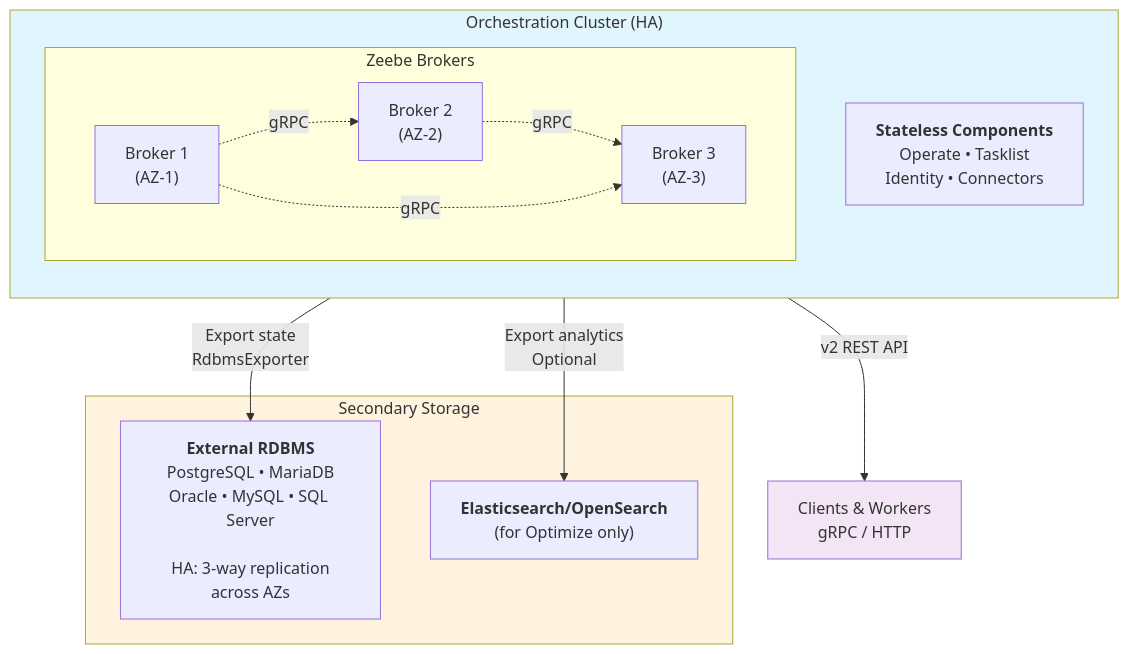
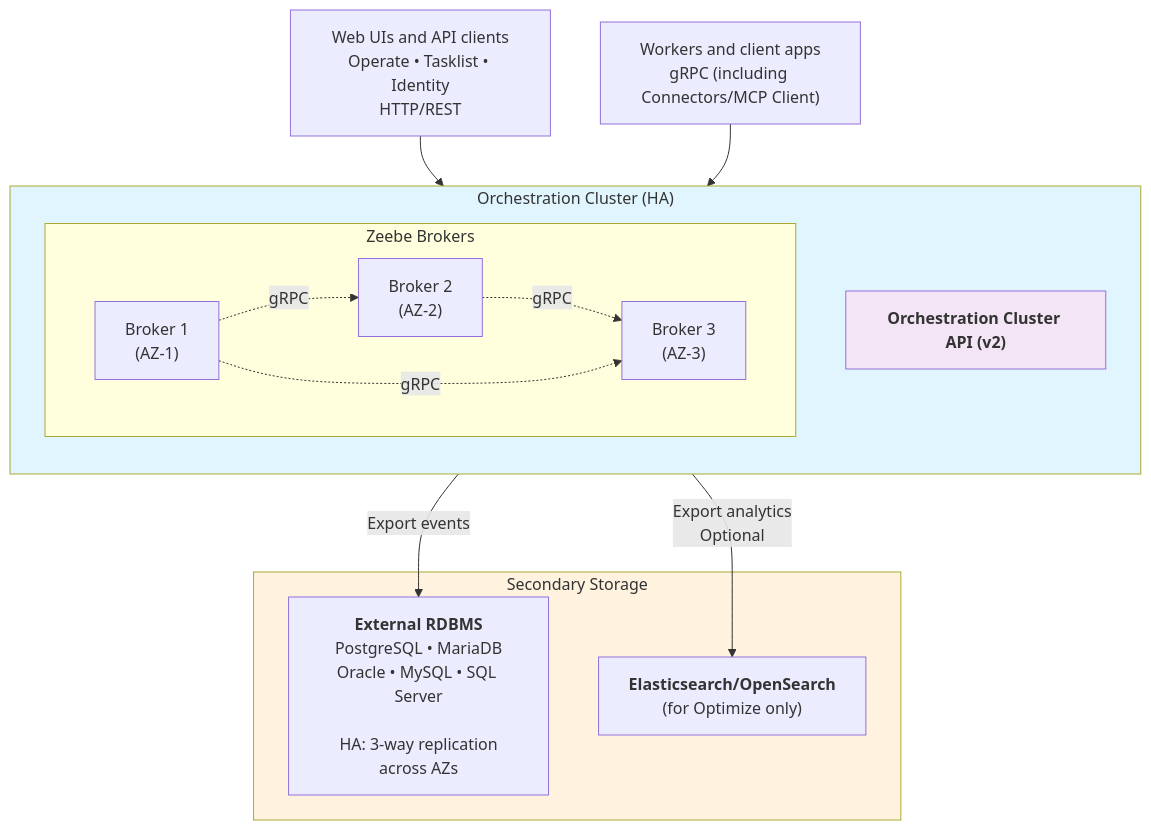
One commit to camunda/camunda-docs changed the diagram in docs/self-managed/deployment/manual/rdbms/rdbms-production-architecture.md. Above: the diagram before and after it, drawn with Mermaid. The commit also changed other lines of this file and 1 other file, not shown here.

Commit message:
adjust diagrams

````diff
--- a/docs/self-managed/deployment/manual/rdbms/rdbms-production-architecture.md
+++ b/docs/self-managed/deployment/manual/rdbms/rdbms-production-architecture.md
@@ -14,31 +14,33 @@
 ```mermaid
 graph TB
     subgraph oc["Orchestration Cluster (HA)"]
         direction TB
         subgraph brokers["Zeebe Brokers"]
             b1["Broker 1<br/>(AZ-1)"]
             b2["Broker 2<br/>(AZ-2)"]
             b3["Broker 3<br/>(AZ-3)"]
         end
-        stateless["<b>Stateless Components</b><br/>Operate • Tasklist<br/>Identity • Connectors"]
+        api["<b>Orchestration Cluster API (v2)</b>"]
 
         b1 -.->|gRPC| b2
         b2 -.->|gRPC| b3
         b1 -.->|gRPC| b3
     end
 
     subgraph storage["Secondary Storage"]
         rdbms["<b>External RDBMS</b><br/>PostgreSQL • MariaDB<br/>Oracle • MySQL • SQL Server<br/><br/>HA: 3-way replication<br/>across AZs"]
         opt["<b>Elasticsearch/OpenSearch</b><br/>(for Optimize only)"]
     end
 
-    api["Clients & Workers<br/>gRPC / HTTP"]
+    apiClients["Web UIs and API clients<br/>Operate • Tasklist • Identity<br/>HTTP/REST"]
+    grpcClients["Workers and client apps<br/>gRPC (including Connectors/MCP Client)"]
 
-    stateless -->|v2 REST API| api
-    brokers -->|Export state<br/>RdbmsExporter| rdbms
+    apiClients --> api
+    grpcClients --> brokers
+    brokers -->|Export events| rdbms
     brokers -->|Export analytics<br/>Optional| opt
 
     style oc fill:#e1f5ff
     style storage fill:#fff3e0
     style api fill:#f3e5f5
 ```
````
